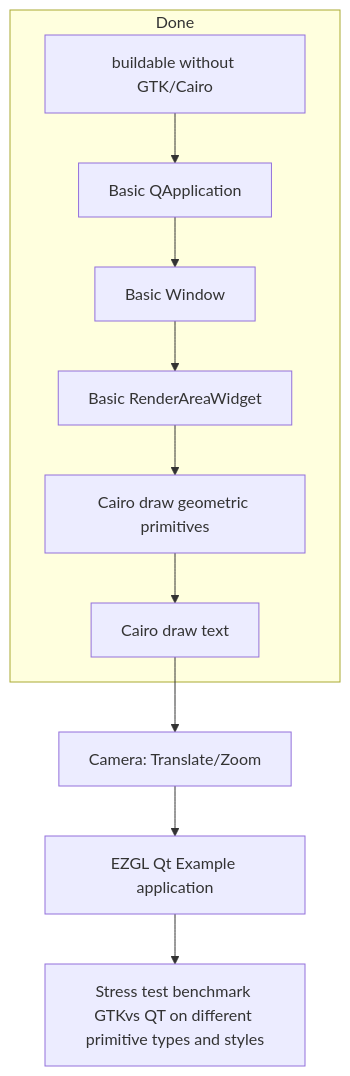
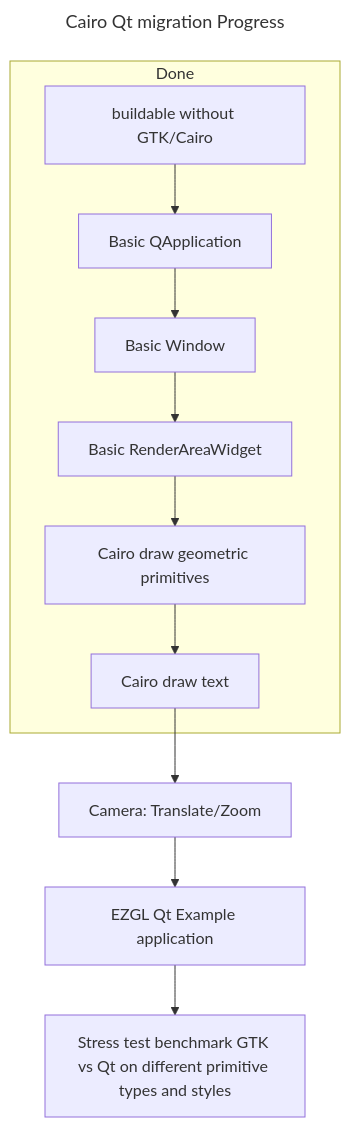
The seventh of 7 diagrams in doc/qtport.md (w0lek/ezgl), drawn with Mermaid before and after one commit. The commit also changed other lines of this file, not shown here.

````diff
--- a/doc/qtport.md
+++ b/doc/qtport.md
@@ -292,21 +359,24 @@
 ```mermaid
+---
+title: Cairo Qt migration Progress
+---
 flowchart TD
   ezgl_frame_buildable_without_gtk[buildable without GTK/Cairo] -->
   basic_qapp[Basic QApplication] -->
   basic_window[Basic Window] -->
   basic_render_area_widget[Basic RenderAreaWidget] -->
   cairo_draw_primitives[Cairo draw geometric primitives] -->
   cairo_draw_text[Cairo draw text] -->
   camera_translate_zoom[Camera: Translate/Zoom] -->
   draw_example_app[EZGL Qt Example application] -->
-  stress_test_benchmark[Stress test benchmark GTKvs QT on different primitive types and styles]
+  stress_test_benchmark[Stress test benchmark GTK vs Qt on different primitive types and styles]
 
   subgraph status [Done]
     ezgl_frame_buildable_without_gtk
     basic_qapp
     basic_window
     basic_render_area_widget
     cairo_draw_primitives
     cairo_draw_text
   end
  ```
````
